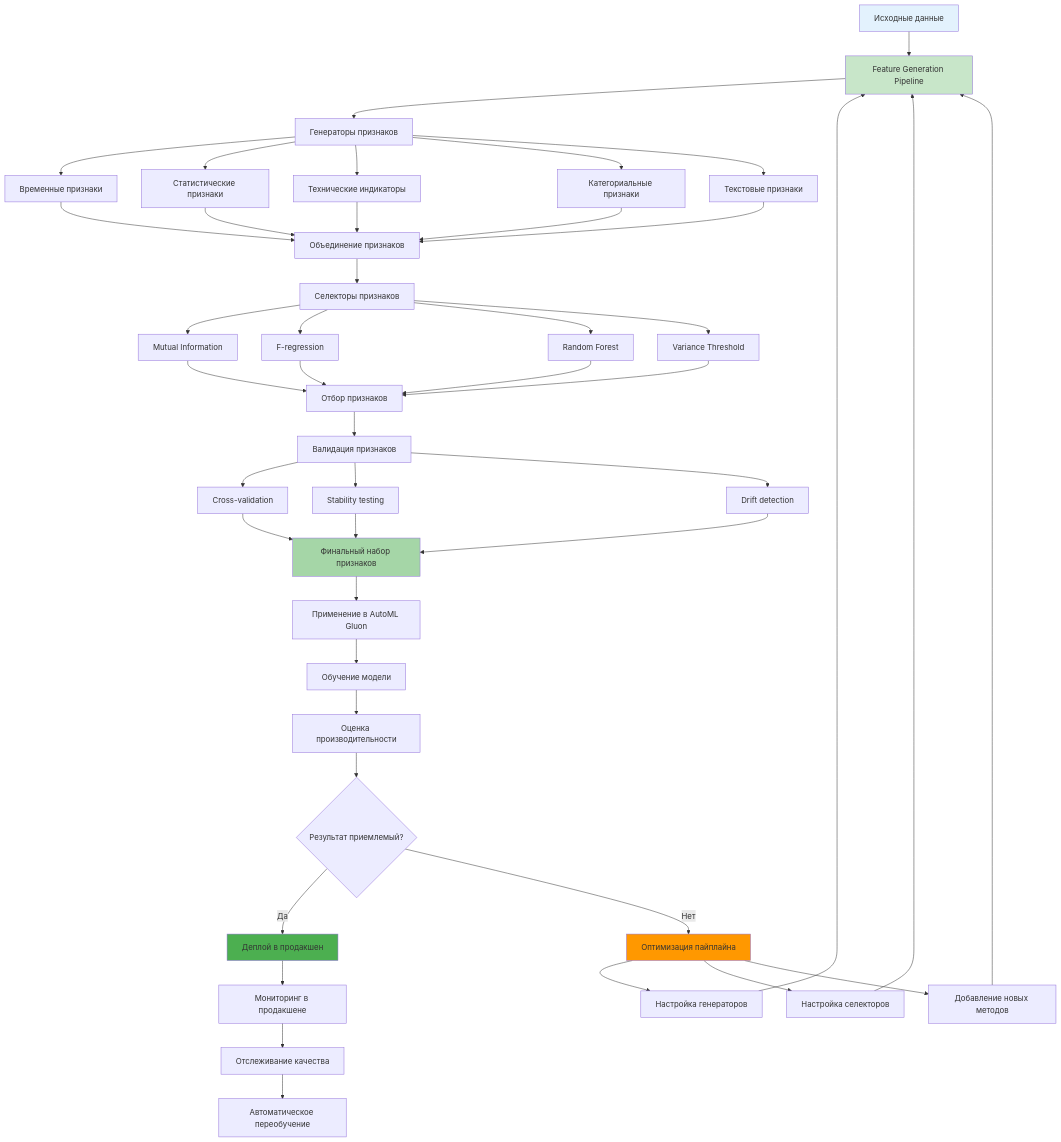
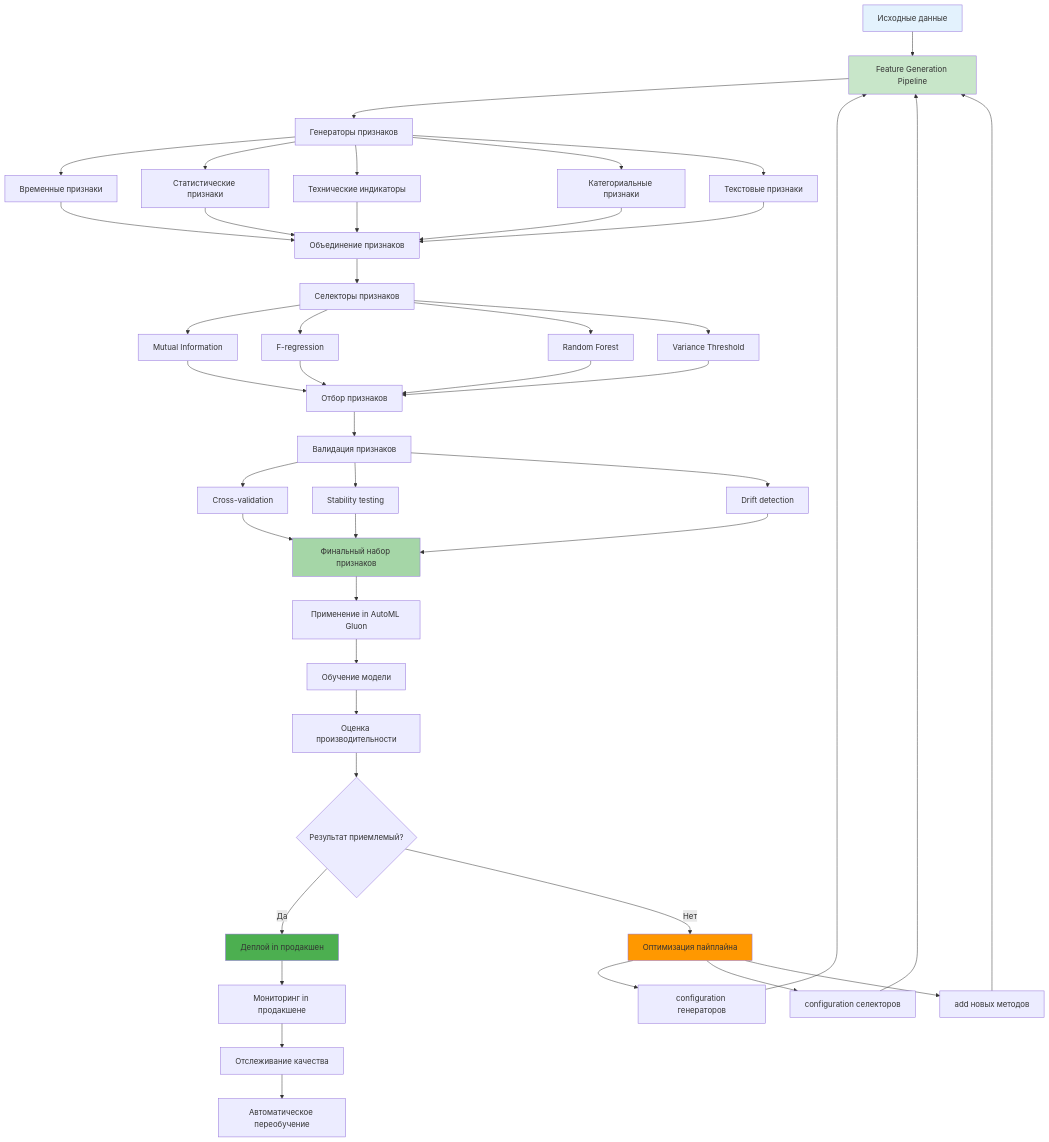
Before and after one commit to NeoZorK/neozork-hld-prediction: the ninth of 9 diagrams in docs/automl/gluon/28_feature_generation_advanced.md, drawn with Mermaid. The commit also changed other lines of this file and 19 other files, not shown here.

````diff
--- a/docs/automl/gluon/28_feature_generation_advanced.md
+++ b/docs/automl/gluon/28_feature_generation_advanced.md
@@ -2054,63 +2054,63 @@
 ```mermaid
 graph TD
-    A[Исходные данные] --> B[Feature Generation Pipeline]
-    
-    B --> C[Генераторы признаков]
-    C --> D[Временные признаки]
-    C --> E[Статистические признаки]
-    C --> F[Технические индикаторы]
-    C --> G[Категориальные признаки]
-    C --> H[Текстовые признаки]
-    
-    D --> I[Объединение признаков]
-    E --> I
-    F --> I
-    G --> I
-    H --> I
-    
-    I --> J[Селекторы признаков]
-    J --> K[Mutual Information]
-    J --> L[F-regression]
-    J --> M[Random Forest]
-    J --> N[Variance Threshold]
-    
-    K --> O[Отбор признаков]
-    L --> O
-    M --> O
-    N --> O
-    
-    O --> P[Валидация признаков]
-    P --> Q[Cross-validation]
-    P --> R[Stability testing]
-    P --> S[Drift detection]
-    
-    Q --> T[Финальный набор признаков]
-    R --> T
-    S --> T
-    
-    T --> U[Применение в AutoML Gluon]
-    U --> V[Обучение модели]
-    V --> W[Оценка производительности]
-    
-    W --> X{Результат приемлемый?}
-    X -->|Да| Y[Деплой в продакшен]
-    X -->|Нет| Z[Оптимизация пайплайна]
-    
-    Z --> AA[Настройка генераторов]
-    Z --> BB[Настройка селекторов]
-    Z --> CC[Добавление новых методов]
-    
-    AA --> B
-    BB --> B
-    CC --> B
-    
-    Y --> DD[Мониторинг в продакшене]
-    DD --> EE[Отслеживание качества]
-    EE --> FF[Автоматическое переобучение]
-    
-    style A fill:#e3f2fd
-    style B fill:#c8e6c9
-    style T fill:#a5d6a7
-    style Y fill:#4caf50
-    style Z fill:#ff9800
+ A[Исходные данные] --> B[Feature Generation Pipeline]
+
+ B --> C[Генераторы признаков]
+ C --> D[Временные признаки]
+ C --> E[Статистические признаки]
+ C --> F[Технические индикаторы]
+ C --> G[Категориальные признаки]
+ C --> H[Текстовые признаки]
+
+ D --> I[Объединение признаков]
+ E --> I
+ F --> I
+ G --> I
+ H --> I
+
+ I --> J[Селекторы признаков]
+ J --> K[Mutual Information]
+ J --> L[F-regression]
+ J --> M[Random Forest]
+ J --> N[Variance Threshold]
+
+ K --> O[Отбор признаков]
+ L --> O
+ M --> O
+ N --> O
+
+ O --> P[Валидация признаков]
+ P --> Q[Cross-validation]
+ P --> R[Stability testing]
+ P --> S[Drift detection]
+
+ Q --> T[Финальный набор признаков]
+ R --> T
+ S --> T
+
+ T --> U[Применение in AutoML Gluon]
+ U --> V[Обучение модели]
+ V --> W[Оценка производительности]
+
+ W --> X{Результат приемлемый?}
+ X -->|Да| Y[Деплой in продакшен]
+ X -->|Нет| Z[Оптимизация пайплайна]
+
+ Z --> AA[configuration генераторов]
+ Z --> BB[configuration селекторов]
+ Z --> CC[add новых методов]
+
+ AA --> B
+ BB --> B
+ CC --> B
+
+ Y --> DD[Мониторинг in продакшене]
+ DD --> EE[Отслеживание качества]
+ EE --> FF[Автоматическое переобучение]
+
+ style A fill:#e3f2fd
+ style B fill:#c8e6c9
+ style T fill:#a5d6a7
+ style Y fill:#4caf50
+ style Z fill:#ff9800
 ```
````
